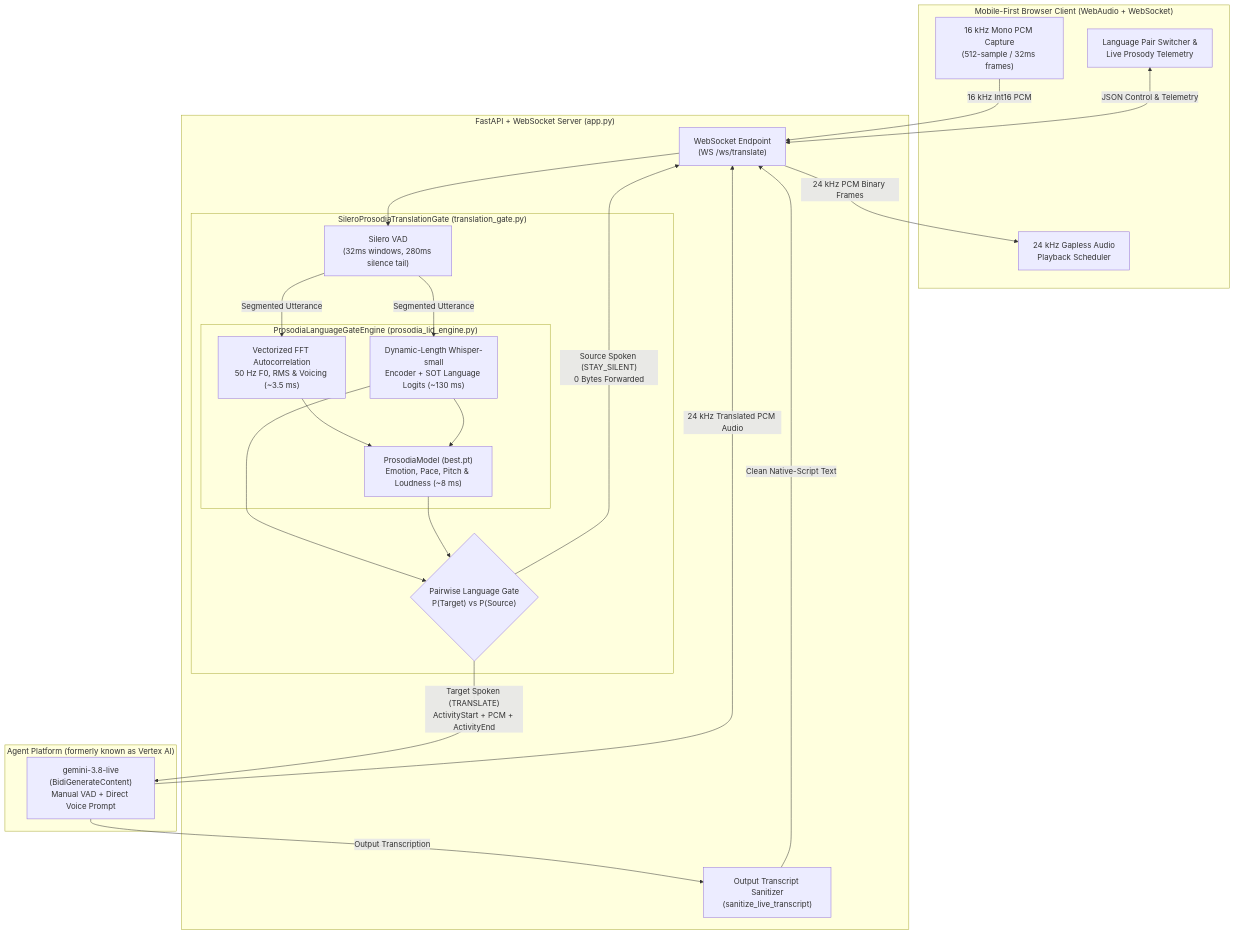
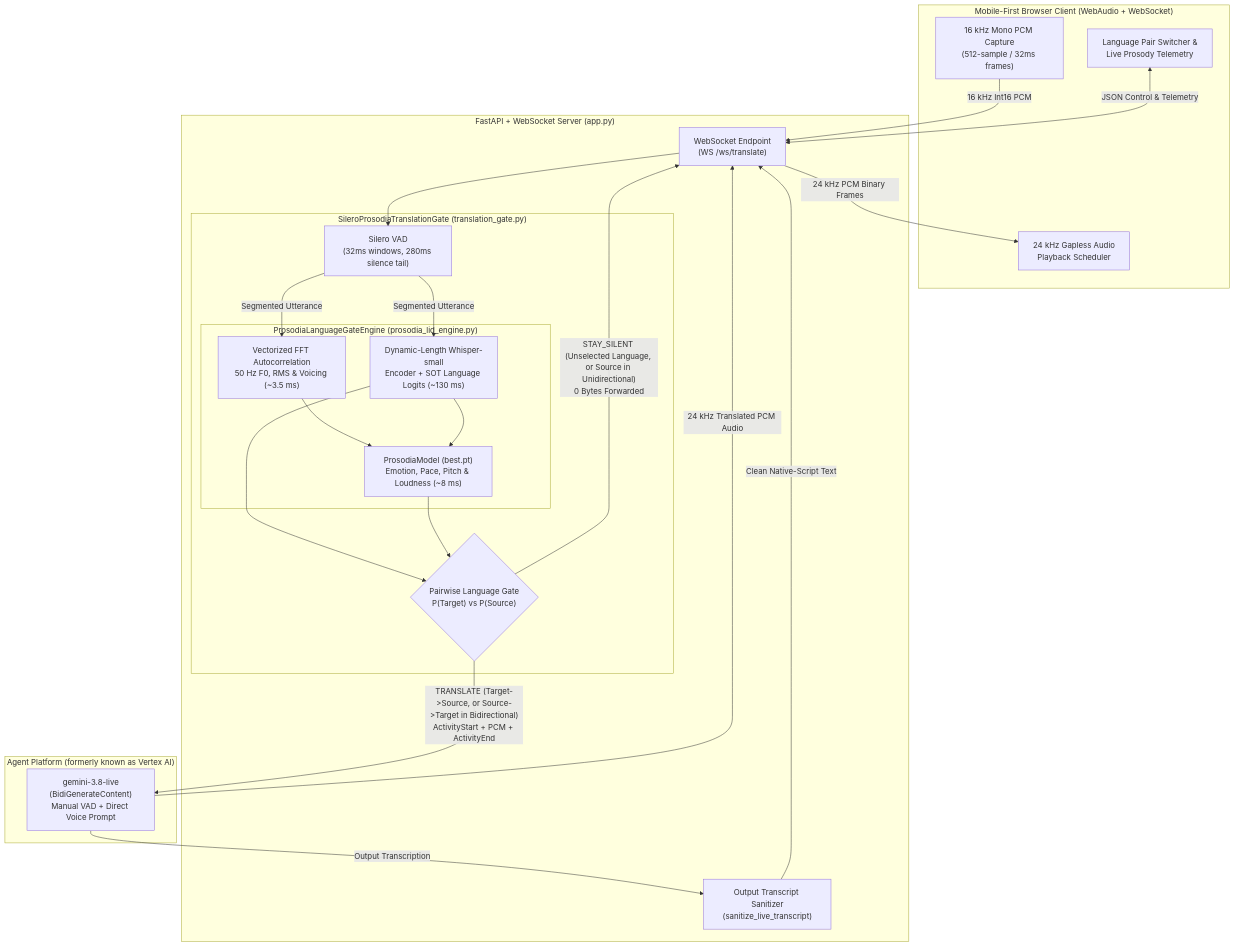
The first of 2 diagrams in README.md (kkrishnan90/Gemini-Live-Translation-Bidirectional-Unidirectional), drawn with Mermaid before and after one commit. The commit also changed other lines of this file and 1 other file, not shown here.

Commit message:
docs: rename repository to Gemini Live Translation - Bidirectional & Unidirectional

````diff
--- a/README.md
+++ b/README.md
@@ -28,43 +28,43 @@
 ```mermaid
 flowchart TB
     subgraph Client["Mobile-First Browser Client (WebAudio + WebSocket)"]
         Mic["16 kHz Mono PCM Capture<br/>(512-sample / 32ms frames)"]
         UI["Language Pair Switcher &<br/>Live Prosody Telemetry"]
         Speaker["24 kHz Gapless Audio<br/>Playback Scheduler"]
     end
 
     subgraph Server["FastAPI + WebSocket Server (app.py)"]
         WS["WebSocket Endpoint<br/>(WS /ws/translate)"]
         subgraph Gate["SileroProsodiaTranslationGate (translation_gate.py)"]
             VAD["Silero VAD<br/>(32ms windows, 280ms silence tail)"]
             subgraph Engine["ProsodiaLanguageGateEngine (prosodia_lid_engine.py)"]
                 FFT["Vectorized FFT Autocorrelation<br/>50 Hz F0, RMS & Voicing (~3.5 ms)"]
                 Whisper["Dynamic-Length Whisper-small<br/>Encoder + SOT Language Logits (~130 ms)"]
                 Prosodia["ProsodiaModel (best.pt)<br/>Emotion, Pace, Pitch & Loudness (~8 ms)"]
             end
             Decision{"Pairwise Language Gate<br/>P(Target) vs P(Source)"}
         end
         Sanitizer["Output Transcript Sanitizer<br/>(sanitize_live_transcript)"]
     end
 
     subgraph Cloud["Agent Platform (formerly known as Vertex AI)"]
         Gemini["gemini-3.8-live<br/>(BidiGenerateContent)<br/>Manual VAD + Direct Voice Prompt"]
     end
 
     Mic -->|"16 kHz Int16 PCM"| WS
     UI <-->|"JSON Control & Telemetry"| WS
     WS --> VAD
     VAD -->|"Segmented Utterance"| FFT
     VAD -->|"Segmented Utterance"| Whisper
     FFT --> Prosodia
     Whisper --> Prosodia
     Whisper --> Decision
     Prosodia --> Decision
 
-    Decision -->|"Source Spoken (STAY_SILENT)<br/>0 Bytes Forwarded"| WS
-    Decision -->|"Target Spoken (TRANSLATE)<br/>ActivityStart + PCM + ActivityEnd"| Gemini
+    Decision -->|"STAY_SILENT (Unselected Language, or Source in Unidirectional)<br/>0 Bytes Forwarded"| WS
+    Decision -->|"TRANSLATE (Target->Source, or Source->Target in Bidirectional)<br/>ActivityStart + PCM + ActivityEnd"| Gemini
     Gemini -->|"24 kHz Translated PCM Audio"| WS
     Gemini -->|"Output Transcription"| Sanitizer
     Sanitizer -->|"Clean Native-Script Text"| WS
     WS -->|"24 kHz PCM Binary Frames"| Speaker
 ```
````
